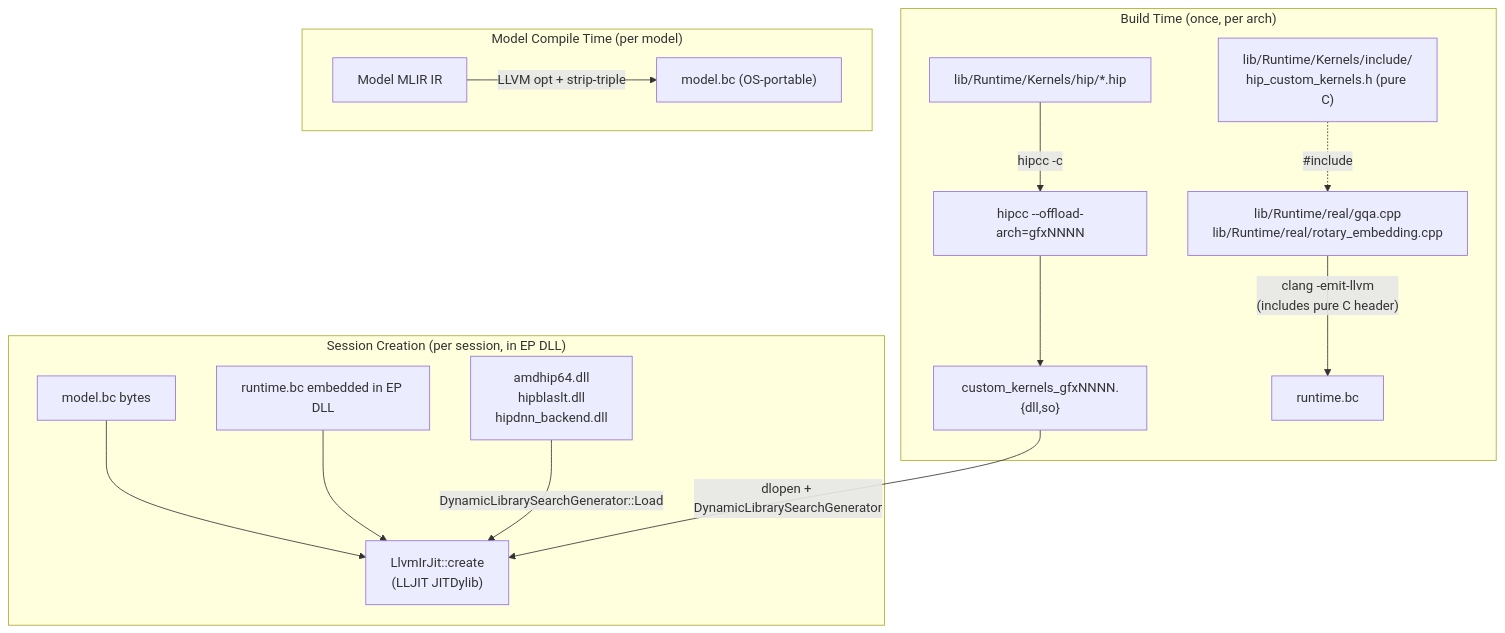
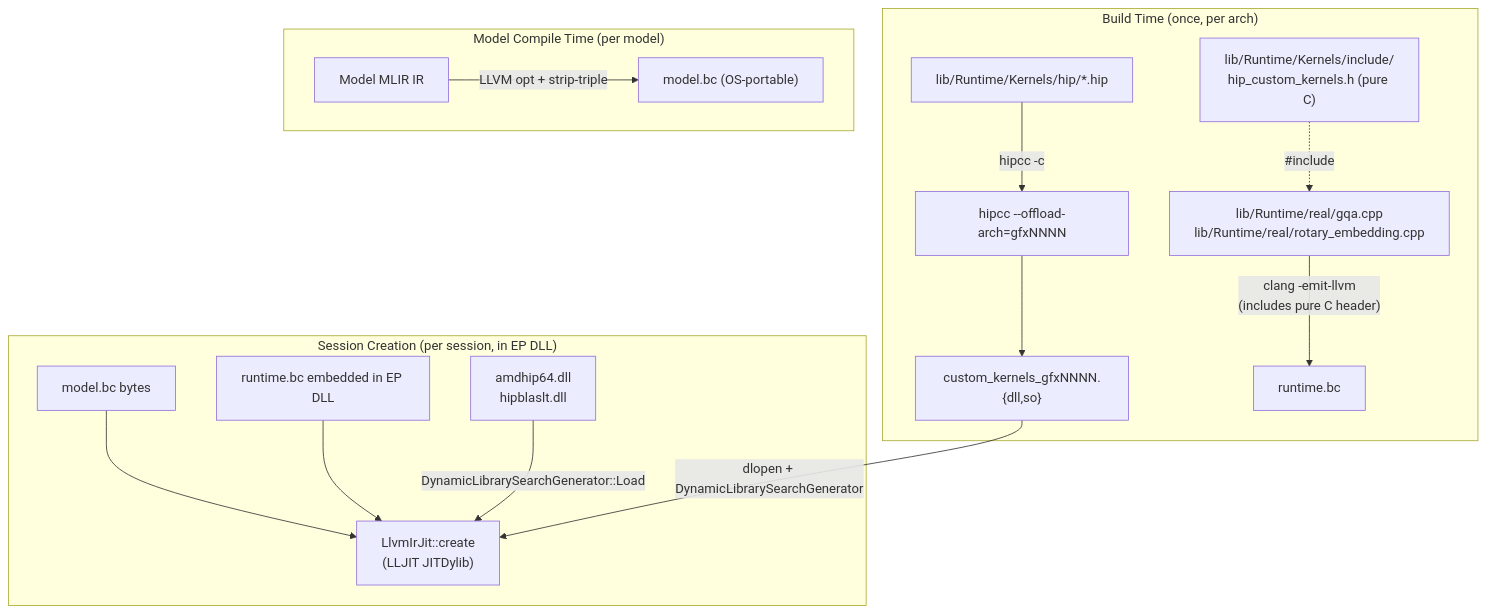
The diagram in docs/design/custom_kernel_design.md (ROCm/hip-ep), drawn with Mermaid before and after one commit. The commit also changed 5 other files, not shown here.

First line of the commit message:
chore: stop loading hipdnn_backend in the JIT (#1383)

````diff
--- a/docs/design/custom_kernel_design.md
+++ b/docs/design/custom_kernel_design.md
@@ -11,31 +11,31 @@
 ```mermaid
 flowchart TD
     subgraph buildTime ["Build Time (once, per arch)"]
         HIP["lib/Runtime/Kernels/hip/*.hip"]
         HIPCC["hipcc --offload-arch=gfxNNNN"]
         KSO["custom_kernels_gfxNNNN.{dll,so}"]
         HIP -->|"hipcc -c"| HIPCC --> KSO
 
         RT["lib/Runtime/real/gqa.cpp\nlib/Runtime/real/rotary_embedding.cpp"]
         HDR["lib/Runtime/Kernels/include/\nhip_custom_kernels.h (pure C)"]
         BC["runtime.bc"]
         RT -->|"clang -emit-llvm\n(includes pure C header)"| BC
         HDR -.->|"#include"| RT
     end
 
     subgraph modelCompile ["Model Compile Time (per model)"]
         MIR["Model MLIR IR"]
         BCOUT["model.bc (OS-portable)"]
         MIR -->|"LLVM opt + strip-triple"| BCOUT
     end
 
     subgraph runtime ["Session Creation (per session, in EP DLL)"]
         BCIN["model.bc bytes"]
         EMBED["runtime.bc embedded in EP DLL"]
         JIT["LlvmIrJit::create\n(LLJIT JITDylib)"]
         BCIN --> JIT
         EMBED --> JIT
         KSO -->|"dlopen + DynamicLibrarySearchGenerator"| JIT
-        ROCM["amdhip64.dll\nhipblaslt.dll\nhipdnn_backend.dll"] -->|"DynamicLibrarySearchGenerator::Load"| JIT
+        ROCM["amdhip64.dll\nhipblaslt.dll"] -->|"DynamicLibrarySearchGenerator::Load"| JIT
     end
 ```
````
